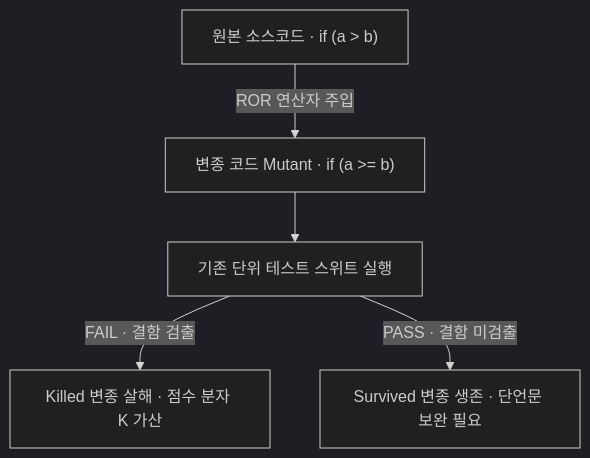
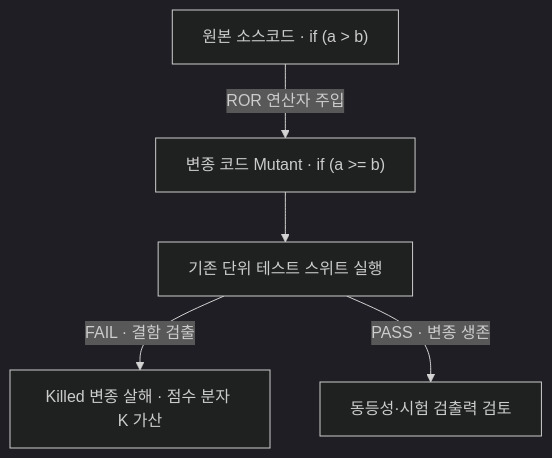
One commit to agnusdei1207/study changed the third of 3 diagrams in src/content/docs/notes/itpe/02-software-engineering/084_mutation_test.md. Above: the diagram before and after it, drawn with Mermaid (dark theme). The commit also changed other lines of this file and 21 other files, not shown here.

````diff
--- a/src/content/docs/notes/itpe/02-software-engineering/084_mutation_test.md
+++ b/src/content/docs/notes/itpe/02-software-engineering/084_mutation_test.md
@@ -131,7 +131,7 @@
 ```mermaid
 flowchart TB
     A["원본 소스코드 · if (a > b)"] -->|"ROR 연산자 주입"| B["변종 코드 Mutant · if (a >= b)"]
     B --> C["기존 단위 테스트 스위트 실행"]
     C -->|"FAIL · 결함 검출"| K["Killed 변종 살해 · 점수 분자 K 가산"]
-    C -->|"PASS · 결함 미검출"| S["Survived 변종 생존 · 단언문 보완 필요"]
+    C -->|"PASS · 변종 생존"| S["동등성·시험 검출력 검토"]
 ```
````
